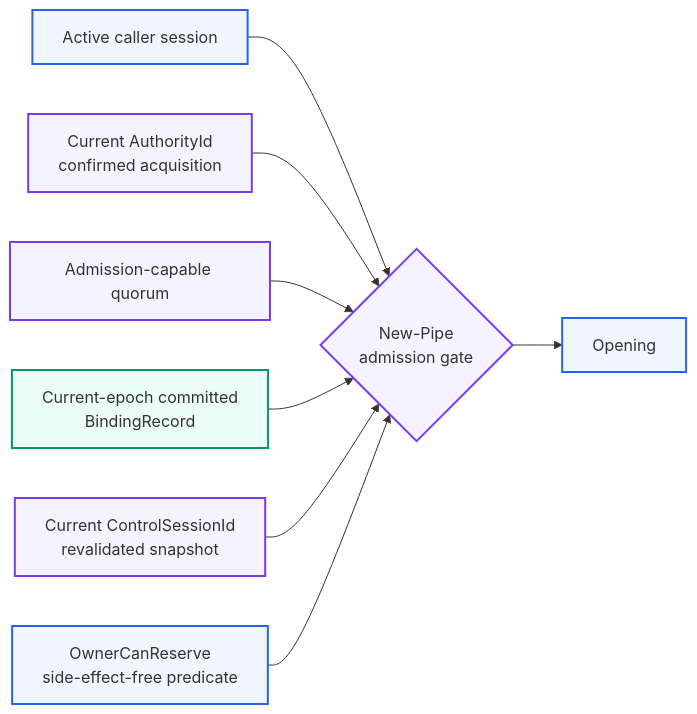
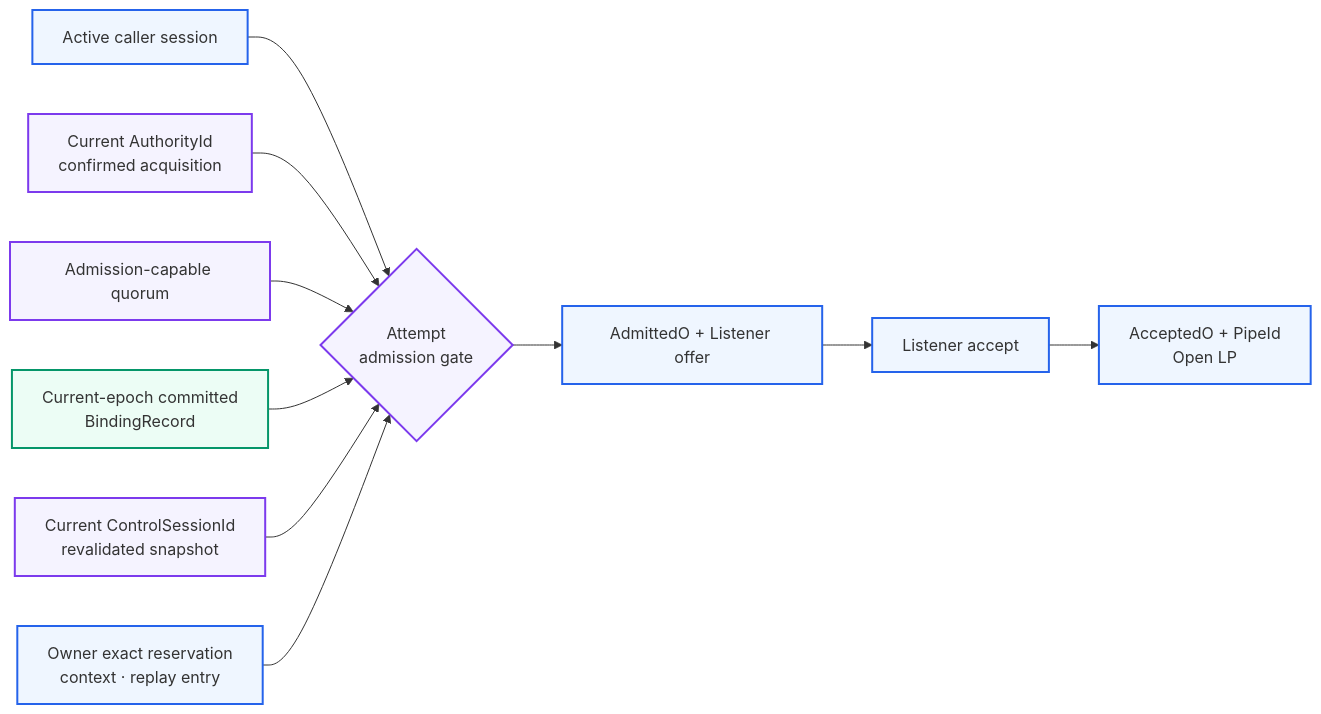
Before and after one commit to cagojeiger/relaygate: the third of 7 diagrams in docs/spec/001-system-model.md, drawn with Mermaid. The commit also changed other lines of this file and 43 other files, not shown here.

````diff
--- a/docs/spec/001-system-model.md
+++ b/docs/spec/001-system-model.md
@@ -165,26 +180,29 @@
 ```mermaid
 flowchart LR
     A["Active caller session"]
     L["Current AuthorityId<br/>confirmed acquisition"]
     Q["Admission-capable quorum"]
     C["Current-epoch committed<br/>BindingRecord"]
     V["Current ControlSessionId<br/>revalidated snapshot"]
-    O["OwnerCanReserve<br/>side-effect-free predicate"]
-    E{"New-Pipe<br/>admission gate"}
-    P["Opening"]
+    O["Owner exact reservation<br/>context · replay entry"]
+    E{"Attempt<br/>admission gate"}
+    P["AdmittedO + Listener offer"]
+    H["Listener accept"]
+    X["AcceptedO + PipeId<br/>Open LP"]
 
     A --> E
     L --> E
     Q --> E
     C --> E
     V --> E
     O --> E
     E --> P
+    P --> H --> X
 
     classDef durable fill:#ecfdf5,stroke:#059669,stroke-width:2px
     classDef control fill:#f5f3ff,stroke:#7c3aed,stroke-width:2px
     classDef runtime fill:#eff6ff,stroke:#2563eb,stroke-width:2px
     class C durable
     class L,Q,V,E control
-    class A,O,P runtime
+    class A,O,P,H,X runtime
 ```
````
